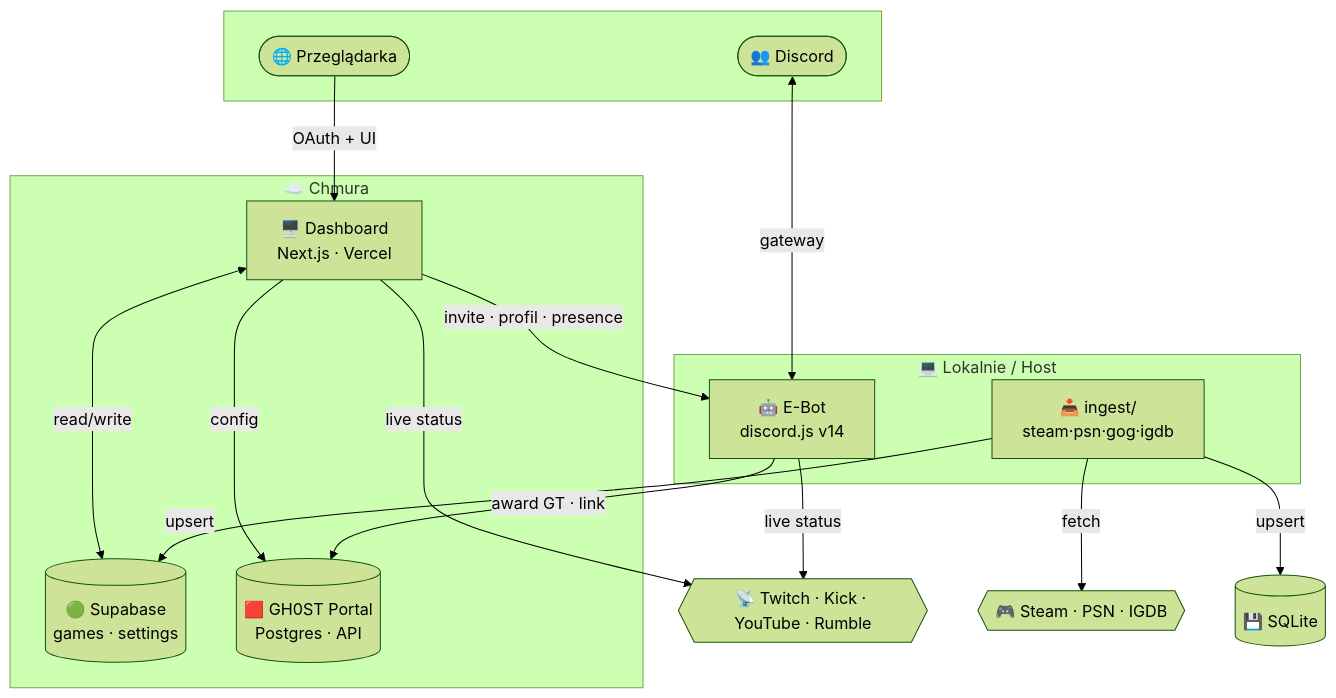
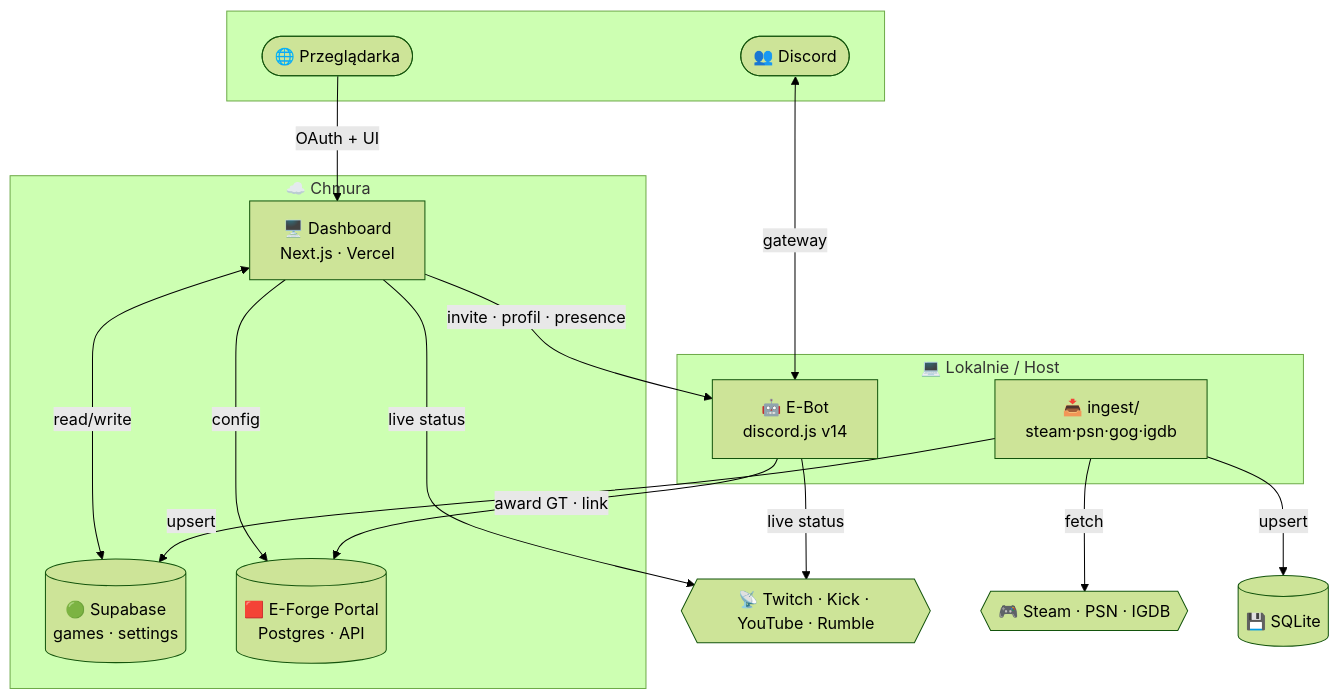
The first of 5 diagrams in docs/ARCHITECTURE.md (Gh0s777tt/E-Bot), drawn with Mermaid (forest theme) before and after one commit. The commit also changed other lines of this file and 12 other files, not shown here.

````diff
--- a/docs/ARCHITECTURE.md
+++ b/docs/ARCHITECTURE.md
@@ -19,29 +19,29 @@
 ```mermaid
 flowchart TB
   subgraph CLIENT[" "]
     U([👥 Discord]) ; B([🌐 Przeglądarka])
   end
   subgraph LOCAL["💻 Lokalnie / Host"]
     EB["🤖 E-Bot<br/>discord.js v14"]
     ING["📥 ingest/<br/>steam·psn·gog·igdb"]
   end
   subgraph CLOUD["☁️ Chmura"]
     SB[("🟢 Supabase<br/>games · settings")]
     DASH["🖥️ Dashboard<br/>Next.js · Vercel"]
-    GE[("🟥 GH0ST Portal<br/>Postgres · API")]
+    GE[("🟥 E-Forge Portal<br/>Postgres · API")]
   end
   EXT{{📡 Twitch · Kick · YouTube · Rumble}}
   GAMES{{🎮 Steam · PSN · IGDB}}
 
   U <-->|gateway| EB
   B -->|OAuth + UI| DASH
   EB -->|live status| EXT
   DASH -->|live status| EXT
   ING -->|fetch| GAMES
   ING -->|upsert| SB
   ING -->|upsert| LOC[("💾 SQLite")]
   DASH <-->|read/write| SB
   EB -->|award GT · link| GE
   DASH -->|config| GE
   DASH -->|invite · profil · presence| EB
 ```
````
